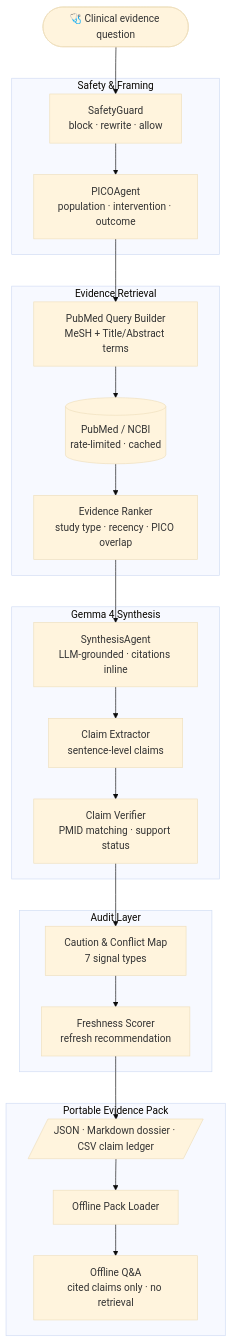
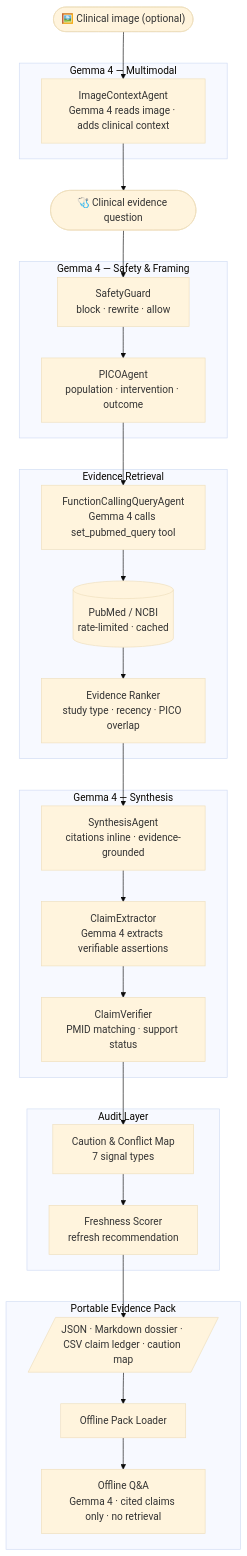
One commit to sfnc01/veritasclin-gemma4 changed the diagram in README.md. Above: the diagram before and after it, drawn with Mermaid (base theme). The commit also changed other lines of this file, not shown here.

````diff
--- a/README.md
+++ b/README.md
@@ -95,34 +97,40 @@
 ```mermaid
 flowchart TD
     Q(["🩺 Clinical evidence question"])
+    IMG(["🖼️ Clinical image (optional)"])
 
-    subgraph safety["Safety & Framing"]
+    subgraph multimodal["Gemma 4 — Multimodal"]
+        IMG_A["ImageContextAgent\nGemma 4 reads image · adds clinical context"]
+    end
+
+    subgraph safety["Gemma 4 — Safety & Framing"]
         S["SafetyGuard\nblock · rewrite · allow"]
         P["PICOAgent\npopulation · intervention · outcome"]
     end
 
     subgraph retrieval["Evidence Retrieval"]
-        R["PubMed Query Builder\nMeSH + Title/Abstract terms"]
+        R["FunctionCallingQueryAgent\nGemma 4 calls set_pubmed_query tool"]
         N[("PubMed / NCBI\nrate-limited · cached")]
         K["Evidence Ranker\nstudy type · recency · PICO overlap"]
     end
 
-    subgraph synthesis["Gemma 4 Synthesis"]
-        Y["SynthesisAgent\nLLM-grounded · citations inline"]
-        C["Claim Extractor\nsentence-level claims"]
-        V["Claim Verifier\nPMID matching · support status"]
+    subgraph synthesis["Gemma 4 — Synthesis"]
+        Y["SynthesisAgent\ncitations inline · evidence-grounded"]
+        C["ClaimExtractor\nGemma 4 extracts verifiable assertions"]
+        V["ClaimVerifier\nPMID matching · support status"]
     end
 
     subgraph audit["Audit Layer"]
         M["Caution & Conflict Map\n7 signal types"]
         F["Freshness Scorer\nrefresh recommendation"]
     end
 
     subgraph pack["Portable Evidence Pack"]
-        X[/"JSON · Markdown dossier · CSV claim ledger"/]
+        X[/"JSON · Markdown dossier · CSV claim ledger · caution map"/]
         O["Offline Pack Loader"]
-        A["Offline Q&A\ncited claims only · no retrieval"]
+        A["Offline Q&A\nGemma 4 · cited claims only · no retrieval"]
     end
 
+    IMG --> IMG_A --> Q
     Q --> S --> P --> R --> N --> K --> Y --> C --> V --> M --> F --> X --> O --> A
 ```
````
